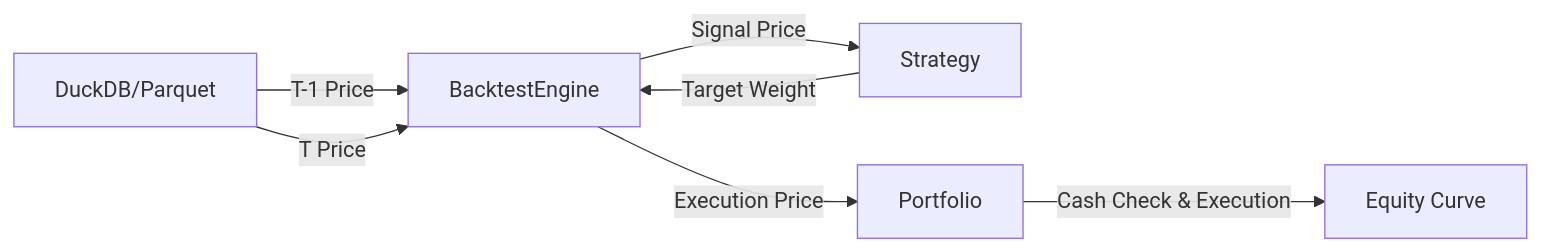
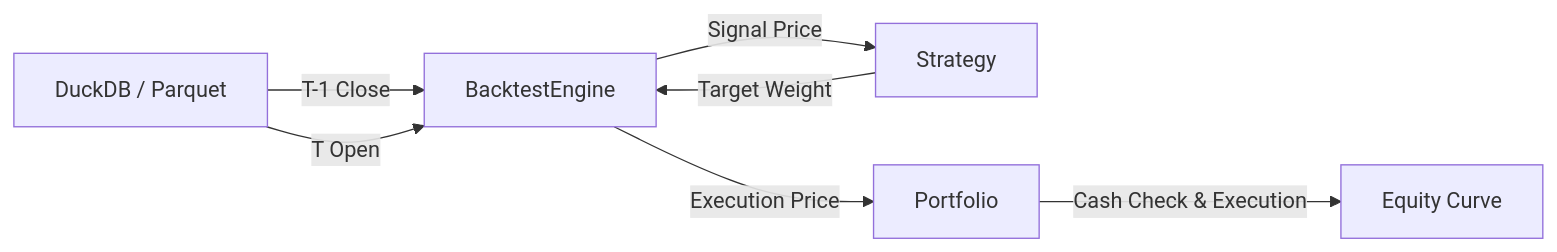
The first of 4 diagrams in README.md (ericwang0321/Multi-Factor-Backtester), drawn with Mermaid before and after one commit. The commit also changed other lines of this file and 1 other file, not shown here.

`````diff
--- a/README.md
+++ b/README.md
@@ -71,10 +135,9 @@
 ```mermaid
 graph LR
-    Data[DuckDB/Parquet] -->|T-1 Price| Engine[BacktestEngine]
-    Data -->|T Price| Engine
-    Engine -->|Signal Price| Strat[Strategy]
-    Strat -->|Target Weight| Engine
-    Engine -->|Execution Price| Port[Portfolio]
-    Port -->|Cash Check & Execution| Result[Equity Curve]
-
-```
+    Data[DuckDB / Parquet] -->|T-1 Close| Engine[BacktestEngine]
+    Data -->|T Open| Engine
+    Engine -->|Signal Price| Strategy
+    Strategy -->|Target Weight| Engine
+    Engine -->|Execution Price| Portfolio
+    Portfolio -->|Cash Check & Execution| Equity[Equity Curve]
+````
`````
